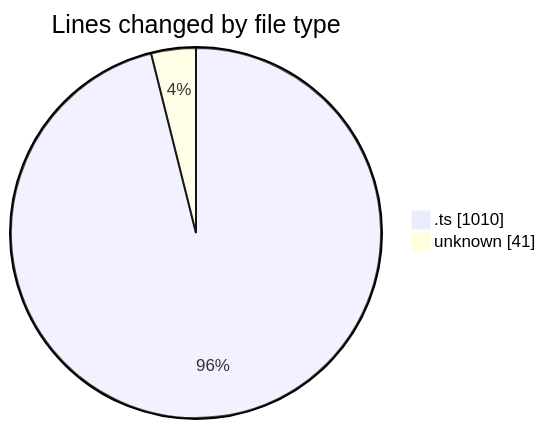
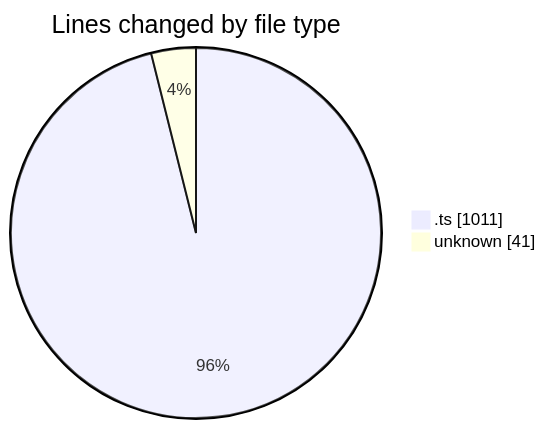
The first of 2 diagrams in 2025-08-11/cda/README.md (momahboobian/code-tracking), drawn with Mermaid before and after one commit. The commit also changed other lines of this file and 1 other file, not shown here.

````diff
--- a/2025-08-11/cda/README.md
+++ b/2025-08-11/cda/README.md
@@ -23,6 +23,6 @@
 ```mermaid
 pie showData
 title Lines changed by file type
-".ts" : 1010
+".ts" : 1011
 "unknown" : 41
 ```
````
